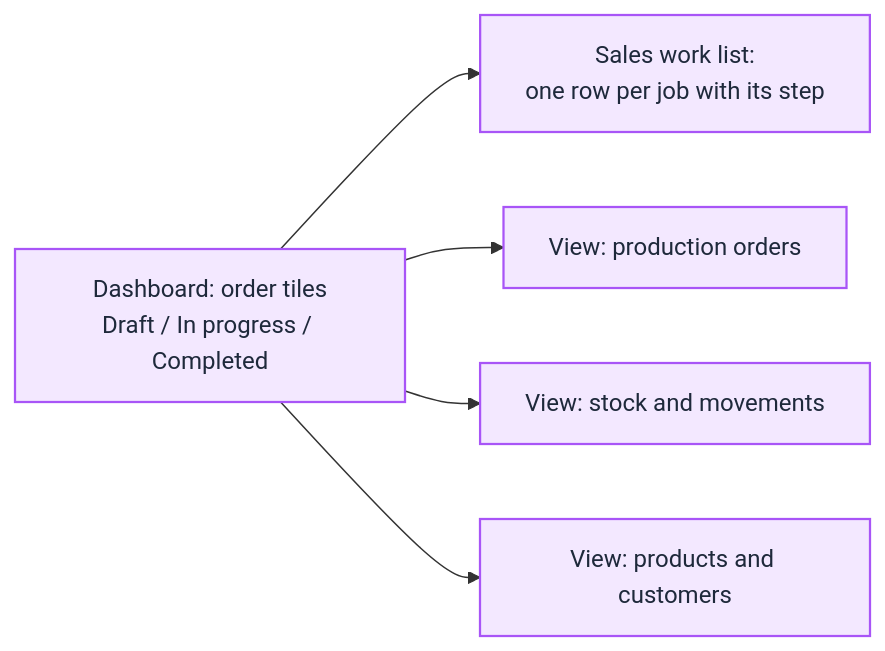
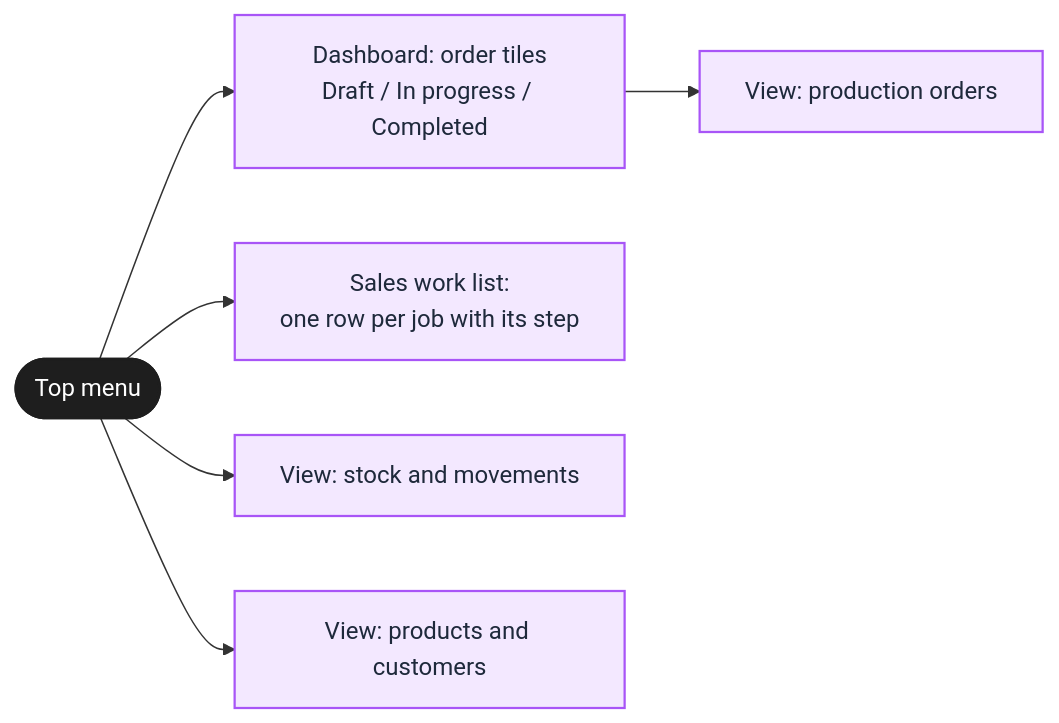
Before and after one commit to Detmon0410/Base_Sample_ERP: the second of 12 diagrams in docs/ProjectdocInfo/UserFlow/User Flow.md, drawn with Mermaid. The commit also changed other lines of this file and 12 other files, not shown here.

Commit message:
Diagrams follow the system: Accounting has a supplier side, Sale Worker does not edit orders, products have no processes and Materials are in Stock, the Dashboard only has order tiles, the Purchase page lists Low or Out materials, no mock in the architecture

````diff
--- a/docs/ProjectdocInfo/UserFlow/User Flow.md
+++ b/docs/ProjectdocInfo/UserFlow/User Flow.md
@@ -53,12 +53,13 @@
 ```mermaid
 flowchart LR
     classDef startEnd fill:#1e1e1e,stroke:#1e1e1e,color:#ffffff,stroke-width:2px;
     classDef action fill:#f3e8ff,stroke:#a855f7,color:#1e293b,stroke-width:1.5px;
     classDef decision fill:#e0f2fe,stroke:#0284c7,color:#1e293b,stroke-width:1.5px;
     classDef error fill:#fee2e2,stroke:#ef4444,color:#991b1b,stroke-width:1.5px;
 
-    D[Dashboard: order tiles<br/>Draft / In progress / Completed]:::action --> Q[Sales work list:<br/>one row per job with its step]:::action
+    M([Top menu]):::startEnd --> D[Dashboard: order tiles<br/>Draft / In progress / Completed]:::action
     D --> V1[View: production orders]:::action
-    D --> V2[View: stock and movements]:::action
-    D --> V3[View: products and customers]:::action
+    M --> Q[Sales work list:<br/>one row per job with its step]:::action
+    M --> V2[View: stock and movements]:::action
+    M --> V3[View: products and customers]:::action
 ```
````
